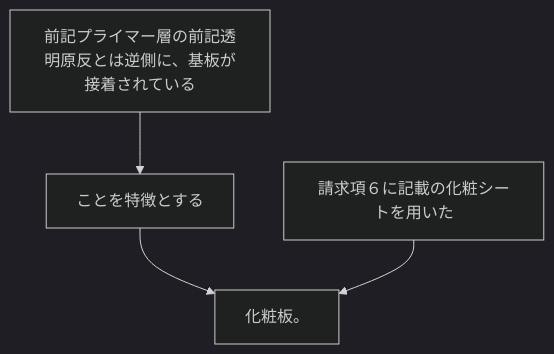
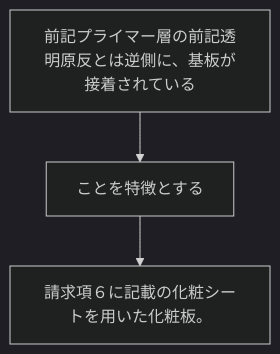
One commit to shinmori55/patent_analyzed changed the diagram in 2024/JP2024006643A/claim_8/README.md. Above: the diagram before and after it, drawn with Mermaid (dark theme). The commit also changed 31 other files, not shown here.

````diff
--- a/2024/JP2024006643A/claim_8/README.md
+++ b/2024/JP2024006643A/claim_8/README.md
@@ -2,10 +2,8 @@
 ```mermaid
 flowchart TD
 A[前記プライマー層の前記透明原反とは逆側に、基板が接着されている]
 B[ことを特徴とする]
-C[請求項６に記載の化粧シートを用いた]
-D[化粧板。]
+C[請求項６に記載の化粧シートを用いた化粧板。]
 A --> B
-B --> D
-C --> D
+B --> C
 ```
````
